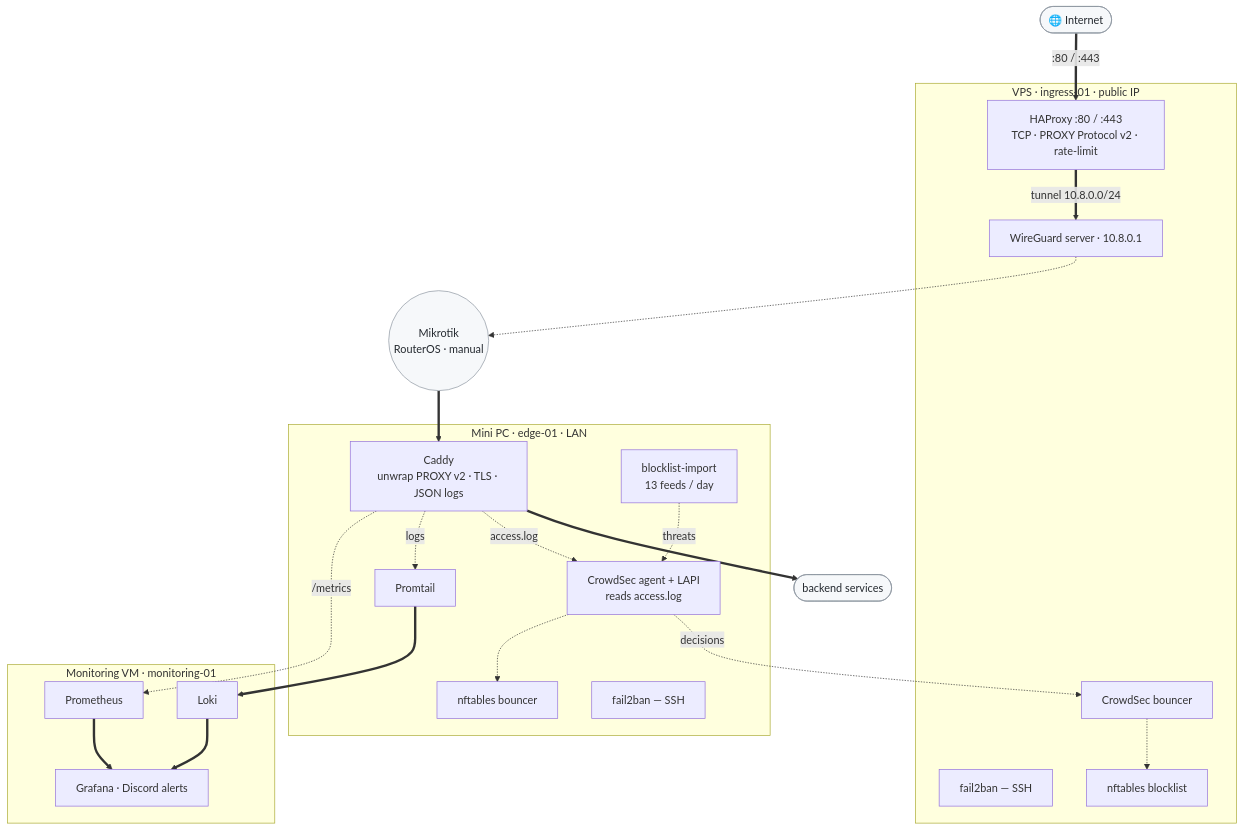
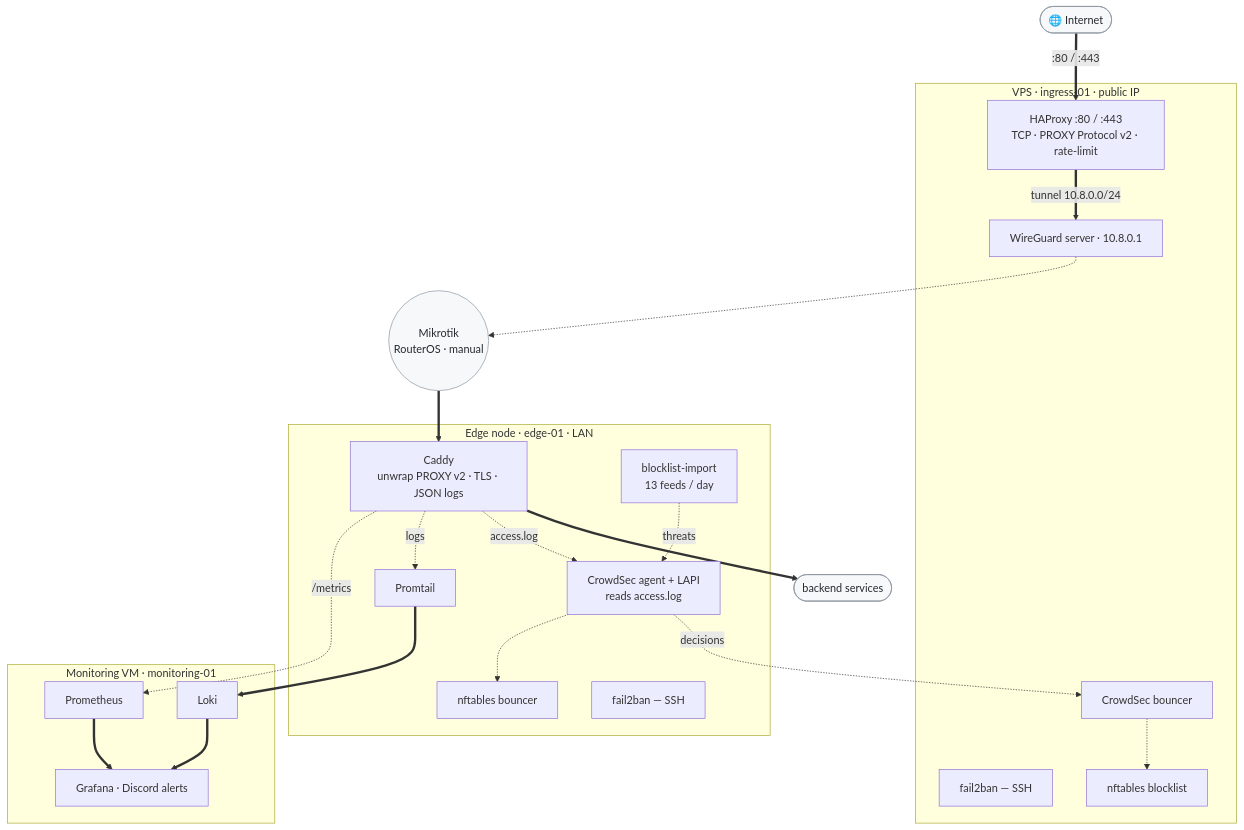
The diagram in README.md (Chalvin96/wireguard-setup), drawn with Mermaid before and after one commit. The commit also changed other lines of this file and 2 other files, not shown here.

Commit message:
docs: rename Mini PC to Edge node

````diff
--- a/README.md
+++ b/README.md
@@ -20,54 +20,54 @@
 ```mermaid
 flowchart TD
     NET(["🌐 Internet"]):::ext
 
     subgraph VPS["VPS · ingress-01 · public IP"]
         HA["HAProxy :80 / :443<br/>TCP · PROXY Protocol v2 · rate-limit"]
         WG["WireGuard server · 10.8.0.1"]
         F2B1["fail2ban — SSH"]
         CSB["CrowdSec bouncer"]
         BL1["nftables blocklist"]
     end
 
     MIK(("Mikrotik<br/>RouterOS · manual")):::ext
 
-    subgraph EDGE["Mini PC · edge-01 · LAN"]
+    subgraph EDGE["Edge node · edge-01 · LAN"]
         CAD["Caddy<br/>unwrap PROXY v2 · TLS · JSON logs"]
         CSA["CrowdSec agent + LAPI<br/>reads access.log"]
         BLI["blocklist-import<br/>13 feeds / day"]
         BL2["nftables bouncer"]
         F2B2["fail2ban — SSH"]
         PT["Promtail"]
     end
 
     BACK(["backend services"]):::ext
 
     subgraph MON["Monitoring VM · monitoring-01"]
         LOKI["Loki"]
         PROME["Prometheus"]
         GRAF["Grafana · Discord alerts"]
     end
 
     %% ── data plane ──
     NET ==>|":80 / :443"| HA
     HA ==>|"tunnel 10.8.0.0/24"| WG
     WG -.-> MIK
     MIK ==> CAD
     CAD ==> BACK
 
     %% ── security plane ──
     CAD -.->|"access.log"| CSA
     BLI -.->|"threats"| CSA
     CSA -.->|"decisions"| CSB
     CSB -.-> BL1
     CSA -.-> BL2
 
     %% ── observability plane ──
     CAD -.->|"logs"| PT
     PT ==> LOKI
     CAD -.->|"/metrics"| PROME
     PROME ==> GRAF
     LOKI ==> GRAF
 
     classDef ext fill:#f6f8fa,stroke:#8c959f,color:#24292f;
 ```
````
